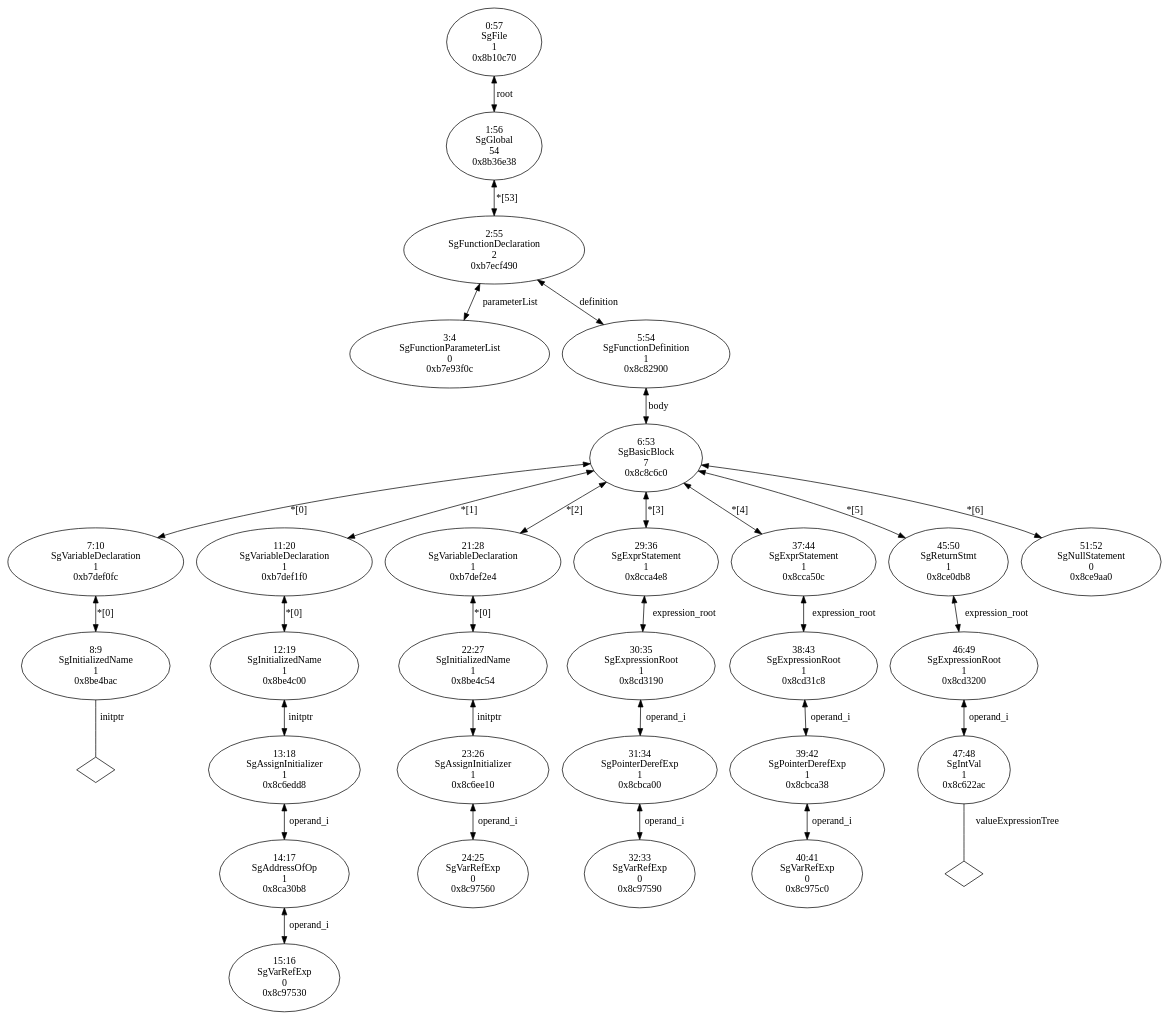
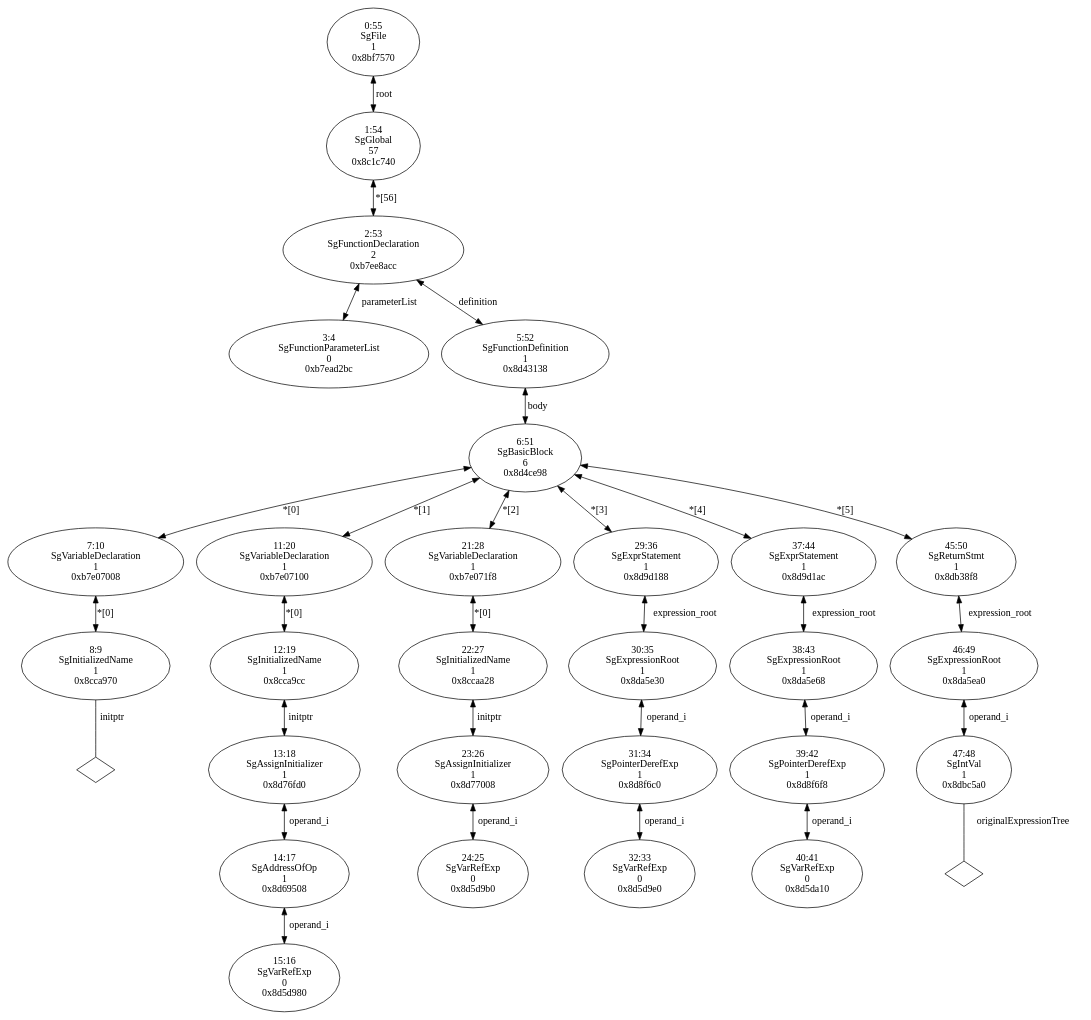
The diagram in branch/memRefExprRefactor/TestResults/AliasIRInterface/ref.C.dot (BackupTheBerlios/useoa-rose-svn), drawn with Graphviz before and after one commit. The commit also changed 48 other files, not shown here.

Commit message:
memRefExprRefactor branch I am testing references.  I also updated some of the dot files, but NOT with the normalization stuff turned on.

```diff
--- a/branch/memRefExprRefactor/TestResults/AliasIRInterface/ref.C.dot
+++ b/branch/memRefExprRefactor/TestResults/AliasIRInterface/ref.C.dot
@@ -1,63 +1,61 @@
 digraph "G./ref.C.dot" {
-"0xb7e93f0c"[label="3:4\nSgFunctionParameterList\n0\n0xb7e93f0c\n" ];
-"0x8be4bac"[label="8:9\nSgInitializedName\n1\n0x8be4bac\n" ];
-"0x8be4bac" -> "0x8be4bac__initptr__null"[label="initptr" dir=none ];
-"0x8be4bac__initptr__null"[label="" shape=diamond ];
-"0xb7def0fc"[label="7:10\nSgVariableDeclaration\n1\n0xb7def0fc\n" ];
-"0xb7def0fc" -> "0x8be4bac"[label="*[0]" dir=both ];
-"0x8c97530"[label="15:16\nSgVarRefExp\n0\n0x8c97530\n" ];
-"0x8ca30b8"[label="14:17\nSgAddressOfOp\n1\n0x8ca30b8\n" ];
-"0x8ca30b8" -> "0x8c97530"[label="operand_i" dir=both ];
-"0x8c6edd8"[label="13:18\nSgAssignInitializer\n1\n0x8c6edd8\n" ];
-"0x8c6edd8" -> "0x8ca30b8"[label="operand_i" dir=both ];
-"0x8be4c00"[label="12:19\nSgInitializedName\n1\n0x8be4c00\n" ];
-"0x8be4c00" -> "0x8c6edd8"[label="initptr" dir=both ];
-"0xb7def1f0"[label="11:20\nSgVariableDeclaration\n1\n0xb7def1f0\n" ];
-"0xb7def1f0" -> "0x8be4c00"[label="*[0]" dir=both ];
-"0x8c97560"[label="24:25\nSgVarRefExp\n0\n0x8c97560\n" ];
-"0x8c6ee10"[label="23:26\nSgAssignInitializer\n1\n0x8c6ee10\n" ];
-"0x8c6ee10" -> "0x8c97560"[label="operand_i" dir=both ];
-"0x8be4c54"[label="22:27\nSgInitializedName\n1\n0x8be4c54\n" ];
-"0x8be4c54" -> "0x8c6ee10"[label="initptr" dir=both ];
-"0xb7def2e4"[label="21:28\nSgVariableDeclaration\n1\n0xb7def2e4\n" ];
-"0xb7def2e4" -> "0x8be4c54"[label="*[0]" dir=both ];
-"0x8c97590"[label="32:33\nSgVarRefExp\n0\n0x8c97590\n" ];
-"0x8cbca00"[label="31:34\nSgPointerDerefExp\n1\n0x8cbca00\n" ];
-"0x8cbca00" -> "0x8c97590"[label="operand_i" dir=both ];
-"0x8cd3190"[label="30:35\nSgExpressionRoot\n1\n0x8cd3190\n" ];
-"0x8cd3190" -> "0x8cbca00"[label="operand_i" dir=both ];
-"0x8cca4e8"[label="29:36\nSgExprStatement\n1\n0x8cca4e8\n" ];
-"0x8cca4e8" -> "0x8cd3190"[label="expression_root" dir=both ];
-"0x8c975c0"[label="40:41\nSgVarRefExp\n0\n0x8c975c0\n" ];
-"0x8cbca38"[label="39:42\nSgPointerDerefExp\n1\n0x8cbca38\n" ];
-"0x8cbca38" -> "0x8c975c0"[label="operand_i" dir=both ];
-"0x8cd31c8"[label="38:43\nSgExpressionRoot\n1\n0x8cd31c8\n" ];
-"0x8cd31c8" -> "0x8cbca38"[label="operand_i" dir=both ];
-"0x8cca50c"[label="37:44\nSgExprStatement\n1\n0x8cca50c\n" ];
-"0x8cca50c" -> "0x8cd31c8"[label="expression_root" dir=both ];
-"0x8c622ac"[label="47:48\nSgIntVal\n1\n0x8c622ac\n" ];
-"0x8c622ac" -> "0x8c622ac__valueExpressionTree__null"[label="valueExpressionTree" dir=none ];
-"0x8c622ac__valueExpressionTree__null"[label="" shape=diamond ];
-"0x8cd3200"[label="46:49\nSgExpressionRoot\n1\n0x8cd3200\n" ];
-"0x8cd3200" -> "0x8c622ac"[label="operand_i" dir=both ];
-"0x8ce0db8"[label="45:50\nSgReturnStmt\n1\n0x8ce0db8\n" ];
-"0x8ce0db8" -> "0x8cd3200"[label="expression_root" dir=both ];
-"0x8ce9aa0"[label="51:52\nSgNullStatement\n0\n0x8ce9aa0\n" ];
-"0x8c8c6c0"[label="6:53\nSgBasicBlock\n7\n0x8c8c6c0\n" ];
-"0x8c8c6c0" -> "0xb7def0fc"[label="*[0]" dir=both ];
-"0x8c8c6c0" -> "0xb7def1f0"[label="*[1]" dir=both ];
-"0x8c8c6c0" -> "0xb7def2e4"[label="*[2]" dir=both ];
-"0x8c8c6c0" -> "0x8cca4e8"[label="*[3]" dir=both ];
-"0x8c8c6c0" -> "0x8cca50c"[label="*[4]" dir=both ];
-"0x8c8c6c0" -> "0x8ce0db8"[label="*[5]" dir=both ];
-"0x8c8c6c0" -> "0x8ce9aa0"[label="*[6]" dir=both ];
-"0x8c82900"[label="5:54\nSgFunctionDefinition\n1\n0x8c82900\n" ];
-"0x8c82900" -> "0x8c8c6c0"[label="body" dir=both ];
-"0xb7ecf490"[label="2:55\nSgFunctionDeclaration\n2\n0xb7ecf490\n" ];
-"0xb7ecf490" -> "0xb7e93f0c"[label="parameterList" dir=both ];
-"0xb7ecf490" -> "0x8c82900"[label="definition" dir=both ];
-"0x8b36e38"[label="1:56\nSgGlobal\n54\n0x8b36e38\n" ];
-"0x8b36e38" -> "0xb7ecf490"[label="*[53]" dir=both ];
-"0x8b10c70"[label="0:57\nSgFile\n1\n0x8b10c70\n" ];
-"0x8b10c70" -> "0x8b36e38"[label="root" dir=both ];
+"0xb7ead2bc"[label="3:4\nSgFunctionParameterList\n0\n0xb7ead2bc\n" ];
+"0x8cca970"[label="8:9\nSgInitializedName\n1\n0x8cca970\n" ];
+"0x8cca970" -> "0x8cca970__initptr__null"[label="initptr" dir=none ];
+"0x8cca970__initptr__null"[label="" shape=diamond ];
+"0xb7e07008"[label="7:10\nSgVariableDeclaration\n1\n0xb7e07008\n" ];
+"0xb7e07008" -> "0x8cca970"[label="*[0]" dir=both ];
+"0x8d5d980"[label="15:16\nSgVarRefExp\n0\n0x8d5d980\n" ];
+"0x8d69508"[label="14:17\nSgAddressOfOp\n1\n0x8d69508\n" ];
+"0x8d69508" -> "0x8d5d980"[label="operand_i" dir=both ];
+"0x8d76fd0"[label="13:18\nSgAssignInitializer\n1\n0x8d76fd0\n" ];
+"0x8d76fd0" -> "0x8d69508"[label="operand_i" dir=both ];
+"0x8cca9cc"[label="12:19\nSgInitializedName\n1\n0x8cca9cc\n" ];
+"0x8cca9cc" -> "0x8d76fd0"[label="initptr" dir=both ];
+"0xb7e07100"[label="11:20\nSgVariableDeclaration\n1\n0xb7e07100\n" ];
+"0xb7e07100" -> "0x8cca9cc"[label="*[0]" dir=both ];
+"0x8d5d9b0"[label="24:25\nSgVarRefExp\n0\n0x8d5d9b0\n" ];
+"0x8d77008"[label="23:26\nSgAssignInitializer\n1\n0x8d77008\n" ];
+"0x8d77008" -> "0x8d5d9b0"[label="operand_i" dir=both ];
+"0x8ccaa28"[label="22:27\nSgInitializedName\n1\n0x8ccaa28\n" ];
+"0x8ccaa28" -> "0x8d77008"[label="initptr" dir=both ];
+"0xb7e071f8"[label="21:28\nSgVariableDeclaration\n1\n0xb7e071f8\n" ];
+"0xb7e071f8" -> "0x8ccaa28"[label="*[0]" dir=both ];
+"0x8d5d9e0"[label="32:33\nSgVarRefExp\n0\n0x8d5d9e0\n" ];
+"0x8d8f6c0"[label="31:34\nSgPointerDerefExp\n1\n0x8d8f6c0\n" ];
+"0x8d8f6c0" -> "0x8d5d9e0"[label="operand_i" dir=both ];
+"0x8da5e30"[label="30:35\nSgExpressionRoot\n1\n0x8da5e30\n" ];
+"0x8da5e30" -> "0x8d8f6c0"[label="operand_i" dir=both ];
+"0x8d9d188"[label="29:36\nSgExprStatement\n1\n0x8d9d188\n" ];
+"0x8d9d188" -> "0x8da5e30"[label="expression_root" dir=both ];
+"0x8d5da10"[label="40:41\nSgVarRefExp\n0\n0x8d5da10\n" ];
+"0x8d8f6f8"[label="39:42\nSgPointerDerefExp\n1\n0x8d8f6f8\n" ];
+"0x8d8f6f8" -> "0x8d5da10"[label="operand_i" dir=both ];
+"0x8da5e68"[label="38:43\nSgExpressionRoot\n1\n0x8da5e68\n" ];
+"0x8da5e68" -> "0x8d8f6f8"[label="operand_i" dir=both ];
+"0x8d9d1ac"[label="37:44\nSgExprStatement\n1\n0x8d9d1ac\n" ];
+"0x8d9d1ac" -> "0x8da5e68"[label="expression_root" dir=both ];
+"0x8dbc5a0"[label="47:48\nSgIntVal\n1\n0x8dbc5a0\n" ];
+"0x8dbc5a0" -> "0x8dbc5a0__originalExpressionTree__null"[label="originalExpressionTree" dir=none ];
+"0x8dbc5a0__originalExpressionTree__null"[label="" shape=diamond ];
+"0x8da5ea0"[label="46:49\nSgExpressionRoot\n1\n0x8da5ea0\n" ];
+"0x8da5ea0" -> "0x8dbc5a0"[label="operand_i" dir=both ];
+"0x8db38f8"[label="45:50\nSgReturnStmt\n1\n0x8db38f8\n" ];
+"0x8db38f8" -> "0x8da5ea0"[label="expression_root" dir=both ];
+"0x8d4ce98"[label="6:51\nSgBasicBlock\n6\n0x8d4ce98\n" ];
+"0x8d4ce98" -> "0xb7e07008"[label="*[0]" dir=both ];
+"0x8d4ce98" -> "0xb7e07100"[label="*[1]" dir=both ];
+"0x8d4ce98" -> "0xb7e071f8"[label="*[2]" dir=both ];
+"0x8d4ce98" -> "0x8d9d188"[label="*[3]" dir=both ];
+"0x8d4ce98" -> "0x8d9d1ac"[label="*[4]" dir=both ];
+"0x8d4ce98" -> "0x8db38f8"[label="*[5]" dir=both ];
+"0x8d43138"[label="5:52\nSgFunctionDefinition\n1\n0x8d43138\n" ];
+"0x8d43138" -> "0x8d4ce98"[label="body" dir=both ];
+"0xb7ee8acc"[label="2:53\nSgFunctionDeclaration\n2\n0xb7ee8acc\n" ];
+"0xb7ee8acc" -> "0xb7ead2bc"[label="parameterList" dir=both ];
+"0xb7ee8acc" -> "0x8d43138"[label="definition" dir=both ];
+"0x8c1c740"[label="1:54\nSgGlobal\n57\n0x8c1c740\n" ];
+"0x8c1c740" -> "0xb7ee8acc"[label="*[56]" dir=both ];
+"0x8bf7570"[label="0:55\nSgFile\n1\n0x8bf7570\n" ];
+"0x8bf7570" -> "0x8c1c740"[label="root" dir=both ];
 }
```
